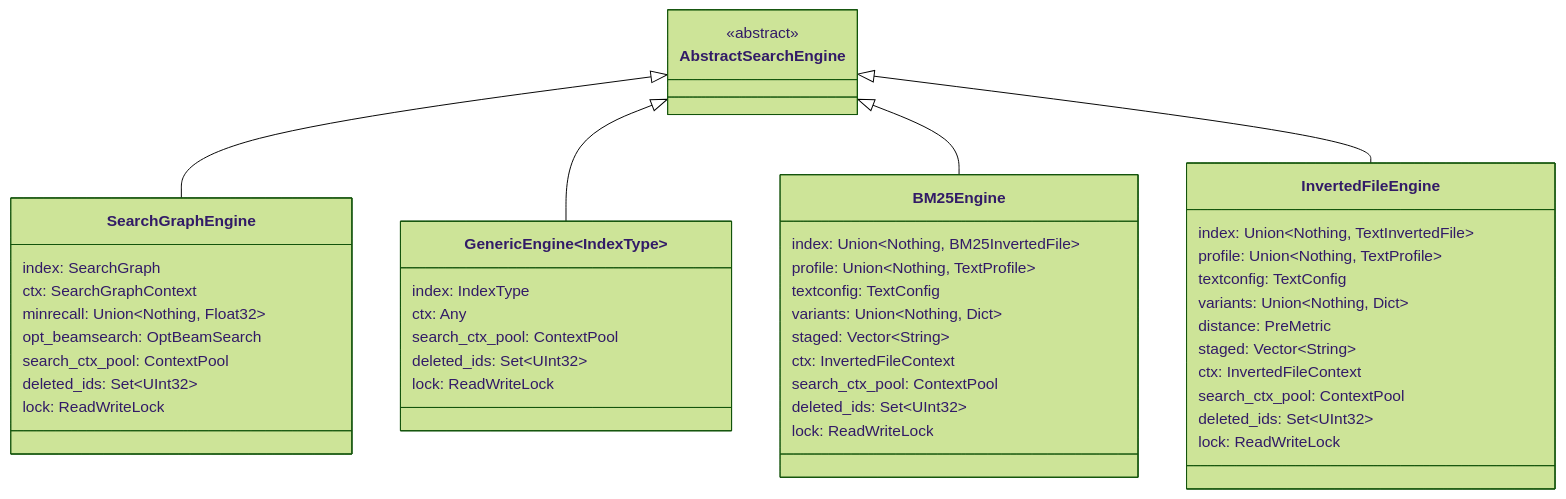
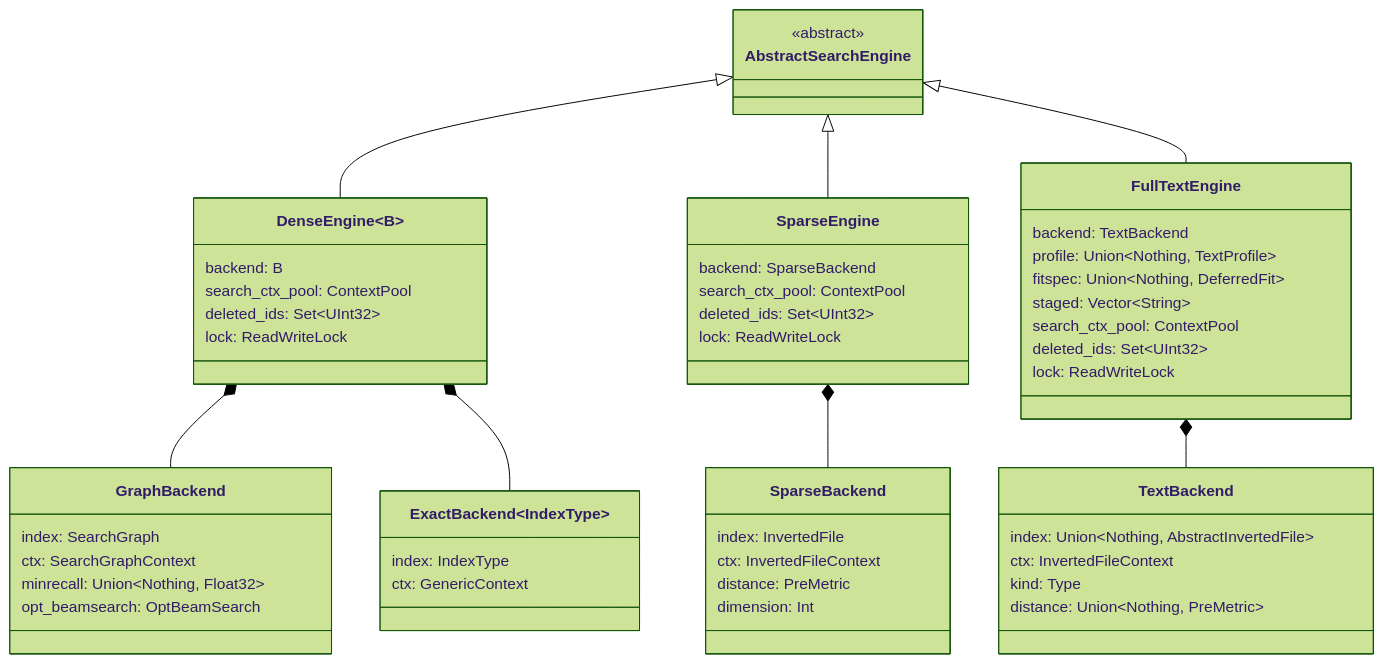
The second of 8 diagrams in manual/architecture.qmd (sadit/SimilaritySearchEngine.jl), drawn with Mermaid (forest theme) before and after one commit. The commit also changed other lines of this file and 8 other files, not shown here.

First line of the commit message:
Update the documentation for the engine/backend split

````diff
--- a/manual/architecture.qmd
+++ b/manual/architecture.qmd
@@ -63,49 +75,56 @@
 ```{mermaid}
 classDiagram
     class AbstractSearchEngine {
         <<abstract>>
     }
-    class SearchGraphEngine {
+    class DenseEngine~B~ {
+        backend: B
+        search_ctx_pool: ContextPool
+        deleted_ids: Set~UInt32~
+        lock: ReadWriteLock
+    }
+    class SparseEngine {
+        backend: SparseBackend
+        search_ctx_pool: ContextPool
+        deleted_ids: Set~UInt32~
+        lock: ReadWriteLock
+    }
+    class FullTextEngine {
+        backend: TextBackend
+        profile: Union~Nothing, TextProfile~
+        fitspec: Union~Nothing, DeferredFit~
+        staged: Vector~String~
+        search_ctx_pool: ContextPool
+        deleted_ids: Set~UInt32~
+        lock: ReadWriteLock
+    }
+    class GraphBackend {
         index: SearchGraph
         ctx: SearchGraphContext
         minrecall: Union~Nothing, Float32~
         opt_beamsearch: OptBeamSearch
-        search_ctx_pool: ContextPool
-        deleted_ids: Set~UInt32~
-        lock: ReadWriteLock
     }
-    class GenericEngine~IndexType~ {
+    class ExactBackend~IndexType~ {
         index: IndexType
-        ctx: Any
-        search_ctx_pool: ContextPool
-        deleted_ids: Set~UInt32~
-        lock: ReadWriteLock
+        ctx: GenericContext
     }
-    class BM25Engine {
-        index: Union~Nothing, BM25InvertedFile~
-        profile: Union~Nothing, TextProfile~
-        textconfig: TextConfig
-        variants: Union~Nothing, Dict~
-        staged: Vector~String~
+    class SparseBackend {
+        index: InvertedFile
         ctx: InvertedFileContext
-        search_ctx_pool: ContextPool
-        deleted_ids: Set~UInt32~
-        lock: ReadWriteLock
+        distance: PreMetric
+        dimension: Int
     }
-    class InvertedFileEngine {
-        index: Union~Nothing, TextInvertedFile~
-        profile: Union~Nothing, TextProfile~
-        textconfig: TextConfig
-        variants: Union~Nothing, Dict~
-        distance: PreMetric
-        staged: Vector~String~
+    class TextBackend {
+        index: Union~Nothing, AbstractInvertedFile~
         ctx: InvertedFileContext
-        search_ctx_pool: ContextPool
-        deleted_ids: Set~UInt32~
-        lock: ReadWriteLock
+        kind: Type
+        distance: Union~Nothing, PreMetric~
     }
-    AbstractSearchEngine <|-- SearchGraphEngine
-    AbstractSearchEngine <|-- GenericEngine
-    AbstractSearchEngine <|-- BM25Engine
-    AbstractSearchEngine <|-- InvertedFileEngine
+    AbstractSearchEngine <|-- DenseEngine
+    AbstractSearchEngine <|-- SparseEngine
+    AbstractSearchEngine <|-- FullTextEngine
+    DenseEngine *-- GraphBackend
+    DenseEngine *-- ExactBackend
+    SparseEngine *-- SparseBackend
+    FullTextEngine *-- TextBackend
 ```
````
